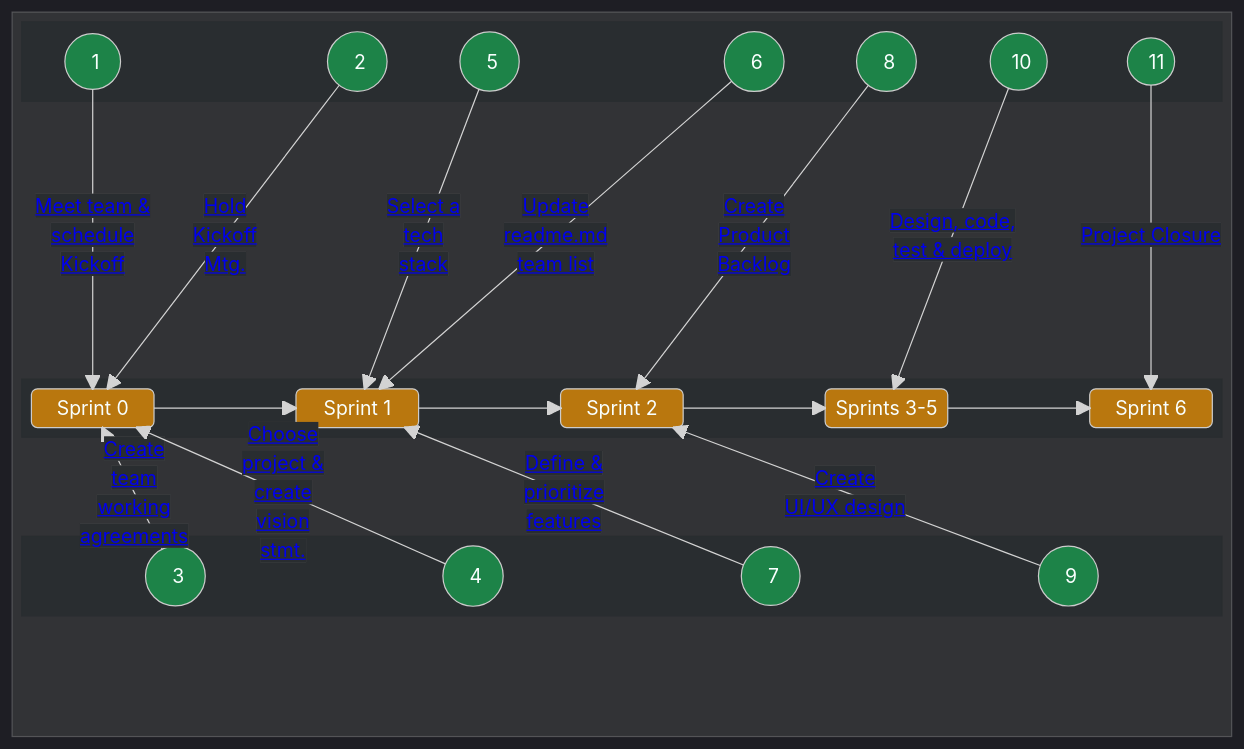
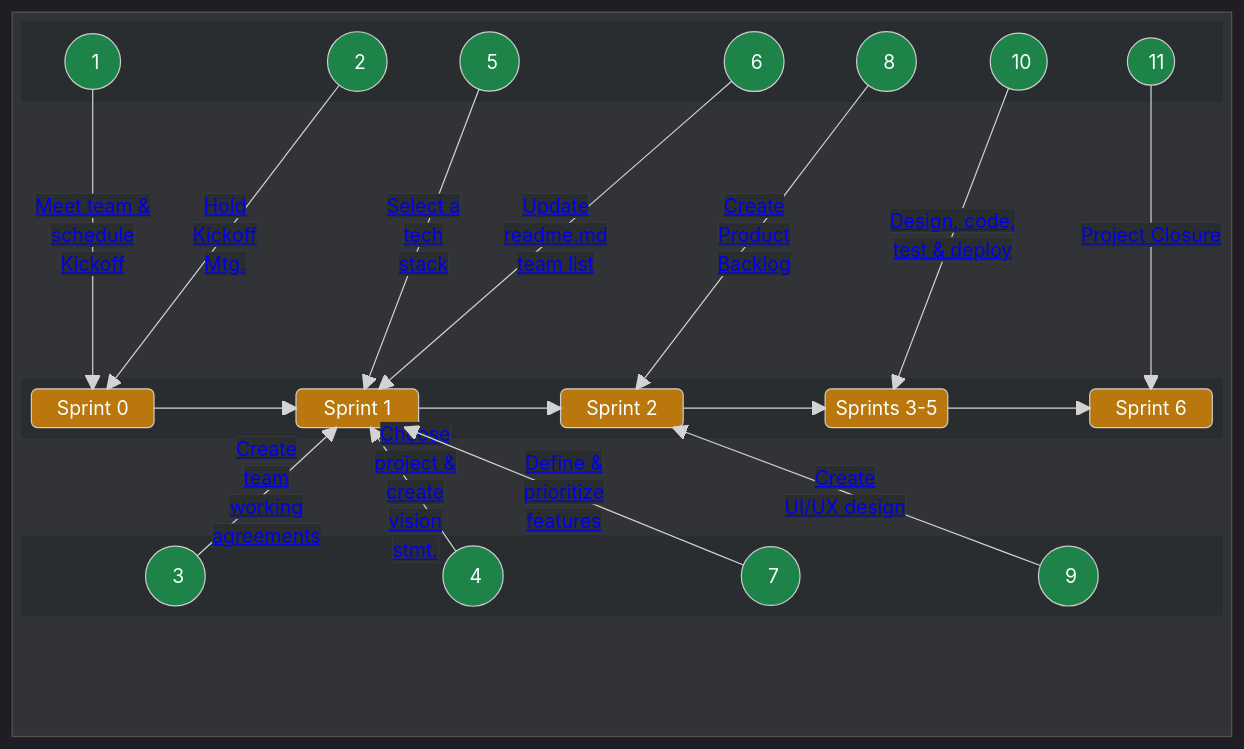
One commit to chingu-voyages/Handbook changed the first of 2 diagrams in docs/guides/voyage/voyage.md. Above: the diagram before and after it, drawn with Mermaid.

Commit message:
Feature: Define Sprint 0 details [WIP]

```diff
--- a/docs/guides/voyage/voyage.md
+++ b/docs/guides/voyage/voyage.md
@@ -108,8 +108,8 @@
 
       A1 -- "<a style="background-color:#292d30" href="https://github.com/chingu-voyages/Handbook/blob/main/docs/guides/voyage/voyage.md#1-meet-your-team--schedule-kickoff-meeting-">Meet team &</br>schedule</br>Kickoff</a>" --> SPRINT0
       A2 -- "<a style="background-color:#292d30" href="https://github.com/chingu-voyages/Handbook/blob/main/docs/guides/voyage/voyage.md#2-conduct-kickoff-meeting-">Hold</br>Kickoff</br>Mtg.</a>" --> SPRINT0
-      A3 -- "<a style="background-color:#292d30" href="https://github.com/chingu-voyages/Handbook/blob/main/docs/guides/voyage/voyage.md#3-setup-your-teams-working-agreements-">Create</br>team</br>working</br>agreements</a>" --> SPRINT0
-      A4 -- "<a style="background-color:#292d30" href="https://github.com/chingu-voyages/Handbook/blob/main/docs/guides/voyage/voyage.md#4-choose-a-project--create-a-vision-statement-">Choose</br>project &</br>create</br>vision</br>stmt.</a>" --> SPRINT0
+      A3 -- "<a style="background-color:#292d30" href="https://github.com/chingu-voyages/Handbook/blob/main/docs/guides/voyage/voyage.md#3-setup-your-teams-working-agreements-">Create</br>team</br>working</br>agreements</a>" --> SPRINT1
+      A4 -- "<a style="background-color:#292d30" href="https://github.com/chingu-voyages/Handbook/blob/main/docs/guides/voyage/voyage.md#4-choose-a-project--create-a-vision-statement-">Choose</br>project &</br>create</br>vision</br>stmt.</a>" --> SPRINT1
       A7 -- "<a style="background-color:#292d30" href="https://github.com/chingu-voyages/Handbook/blob/main/docs/guides/voyage/voyage.md#7-define--prioritize-mvp-features-">Define &</br>prioritize</br>features</a>" --> SPRINT1
       A6 -- "<a style="background-color:#292d30" href="https://github.com/chingu-voyages/Handbook/blob/main/docs/guides/voyage/voyage.md#6-add-your-info-to-the-team-list-in-your-readmemd-%EF%B8%8F">Update</br>readme.md</br>team list<a/>" --> SPRINT1
       A5 -- "<a style="background-color:#292d30" href="https://github.com/chingu-voyages/Handbook/blob/main/docs/guides/voyage/voyage.md#5-select-a-tech-stack">Select a</br>tech</br>stack</a>" --> SPRINT1
```
